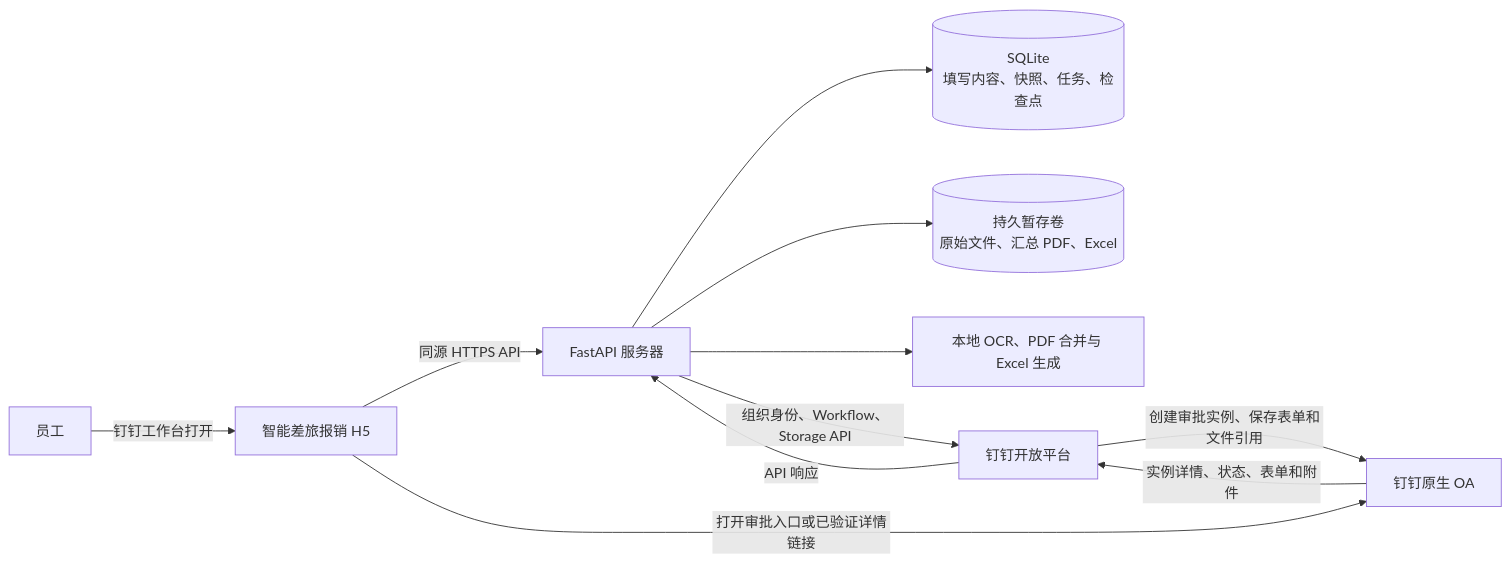
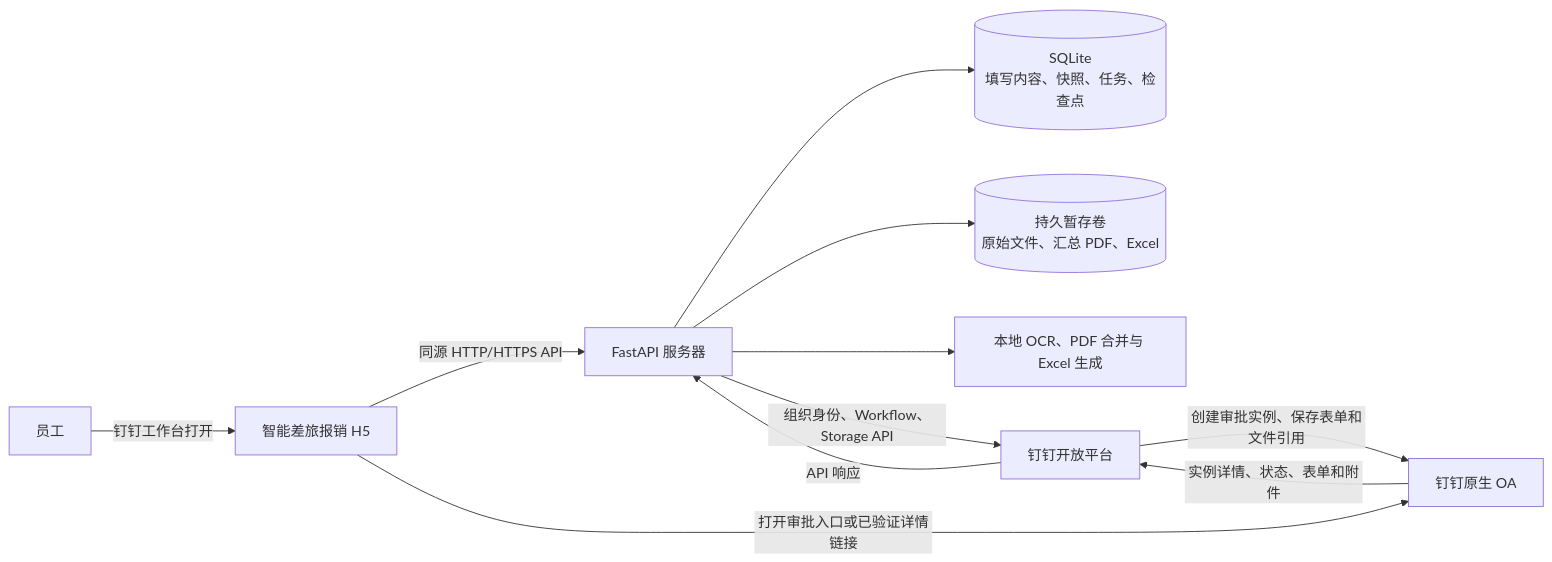
The first of 3 diagrams in docs/DINGTALK_OA_INTEGRATION_DESIGN.md (BearDrinkbeer/dingtalk-travel-reimbursement), drawn with Mermaid before and after one commit. The commit also changed other lines of this file and 101 other files, not shown here.

````diff
--- a/docs/DINGTALK_OA_INTEGRATION_DESIGN.md
+++ b/docs/DINGTALK_OA_INTEGRATION_DESIGN.md
@@ -49,13 +49,13 @@
 ```mermaid
 flowchart LR
     U[员工] -->|钉钉工作台打开| H[智能差旅报销 H5]
-    H -->|同源 HTTPS API| S[FastAPI 服务器]
+    H -->|同源 HTTP/HTTPS API| S[FastAPI 服务器]
     S --> DB[(SQLite<br/>填写内容、快照、任务、检查点)]
     S --> FS[(持久暂存卷<br/>原始文件、汇总 PDF、Excel)]
     S --> OCR[本地 OCR、PDF 合并与 Excel 生成]
     S -->|组织身份、Workflow、Storage API| D[钉钉开放平台]
     D -->|创建审批实例、保存表单和文件引用| OA[钉钉原生 OA]
     OA -->|实例详情、状态、表单和附件| D
     D -->|API 响应| S
     H -->|打开审批入口或已验证详情链接| OA
 ```
````
